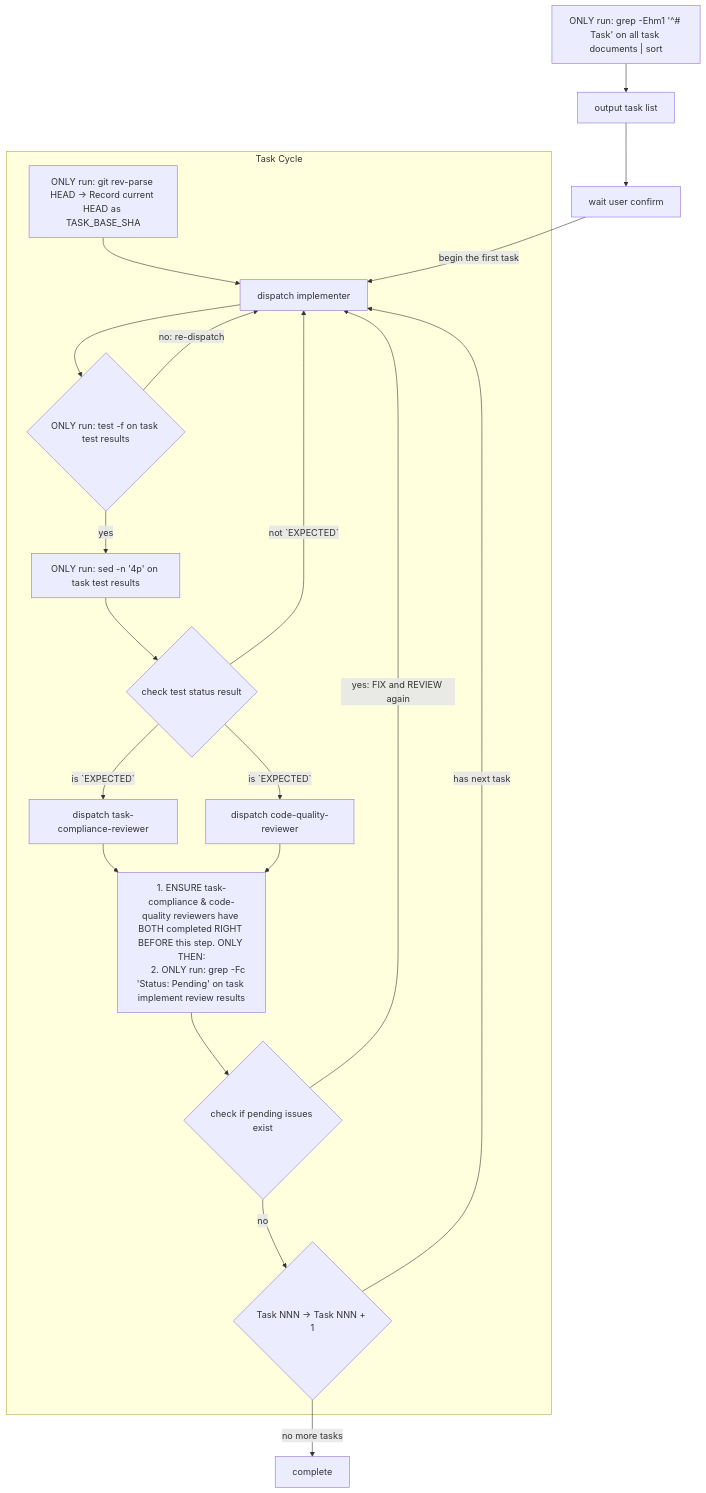
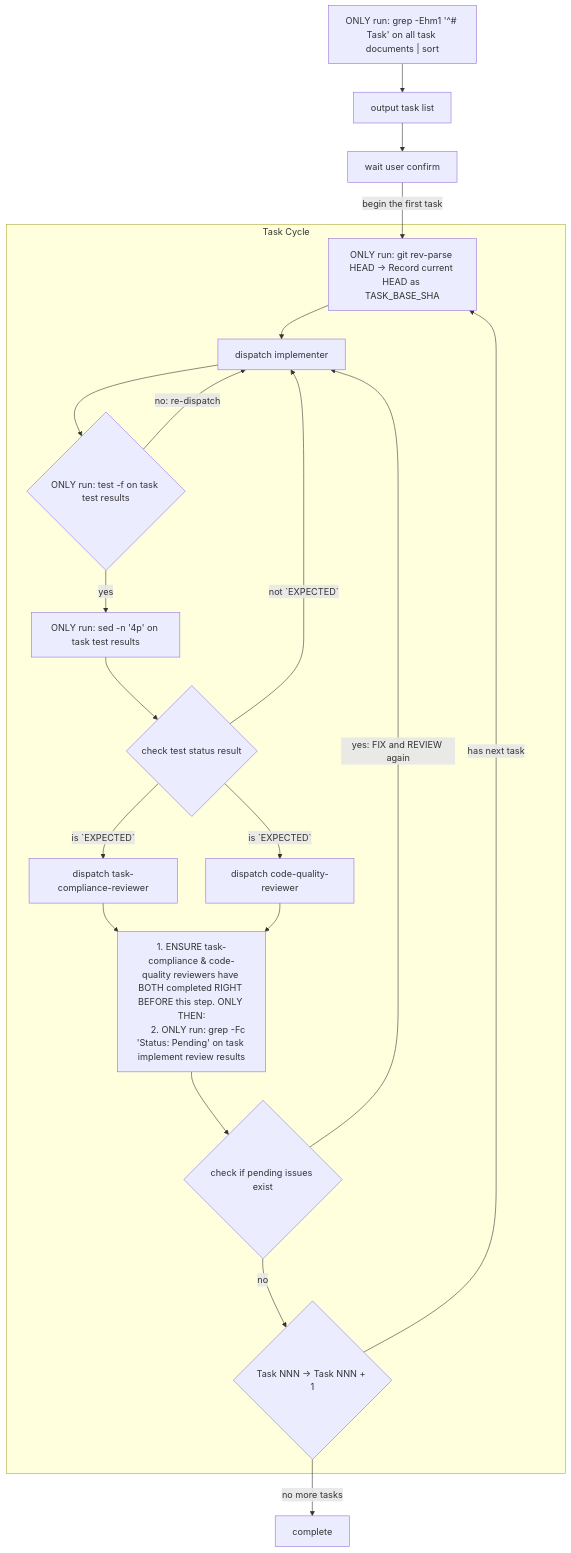
Before and after one commit to abadcafe/superteam: the diagram in skills/executing/SKILL.md, drawn with Mermaid. The commit also changed other lines of this file and 2 other files, not shown here.

Commit message:
docs: align task review protocol

````diff
--- a/skills/executing/SKILL.md
+++ b/skills/executing/SKILL.md
@@ -97,43 +97,43 @@
 ```mermaid
 flowchart TD
   get_task_list["ONLY run: grep -Ehm1 '^# Task' on all task documents | sort"]
   output_task_list["output task list"]
   wait_user_confirm["wait user confirm"]
   complete["complete"]
 
   subgraph task_cycle["Task Cycle"]
     record_task_base_sha["ONLY run: git rev-parse HEAD → Record current HEAD as TASK_BASE_SHA"]
     dispatch_implementer["dispatch implementer"]
     check_implementer_completed{"ONLY run: test -f on task test results"}
     get_test_status["ONLY run: sed -n '4p' on task test results"]
     check_test_status{"check test status result"}
     dispatch_task_compliance_reviewer["dispatch task-compliance-reviewer"]
     dispatch_code_quality_reviewer["dispatch code-quality-reviewer"]
     count_pending_issues["
       1. ENSURE task-compliance & code-quality reviewers have BOTH completed RIGHT BEFORE this step. ONLY THEN:
       2. ONLY run: grep -Fc 'Status: Pending' on task implement review results
     "]
     check_pending_issues_exist{"check if pending issues exist"}
     next_task{"Task NNN → Task NNN + 1"}
 
     record_task_base_sha --> dispatch_implementer
     dispatch_implementer --> check_implementer_completed
     check_implementer_completed -->|"no: re-dispatch"| dispatch_implementer
     check_implementer_completed -->|"yes"| get_test_status
     get_test_status --> check_test_status
     check_test_status -->|"not `EXPECTED`"| dispatch_implementer
     check_test_status -->|"is `EXPECTED`"| dispatch_task_compliance_reviewer
     check_test_status -->|"is `EXPECTED`"| dispatch_code_quality_reviewer
     dispatch_task_compliance_reviewer --> count_pending_issues
     dispatch_code_quality_reviewer --> count_pending_issues
     count_pending_issues --> check_pending_issues_exist
     check_pending_issues_exist -->|"yes: FIX and REVIEW again"| dispatch_implementer
     check_pending_issues_exist -->|"no"| next_task
-    next_task -->|"has next task"| dispatch_implementer
+    next_task -->|"has next task"| record_task_base_sha
   end
 
   get_task_list --> output_task_list
   output_task_list --> wait_user_confirm
-  wait_user_confirm -->|"begin the first task"| dispatch_implementer
+  wait_user_confirm -->|"begin the first task"| record_task_base_sha
   next_task -->|"no more tasks"| complete
 ```
````
